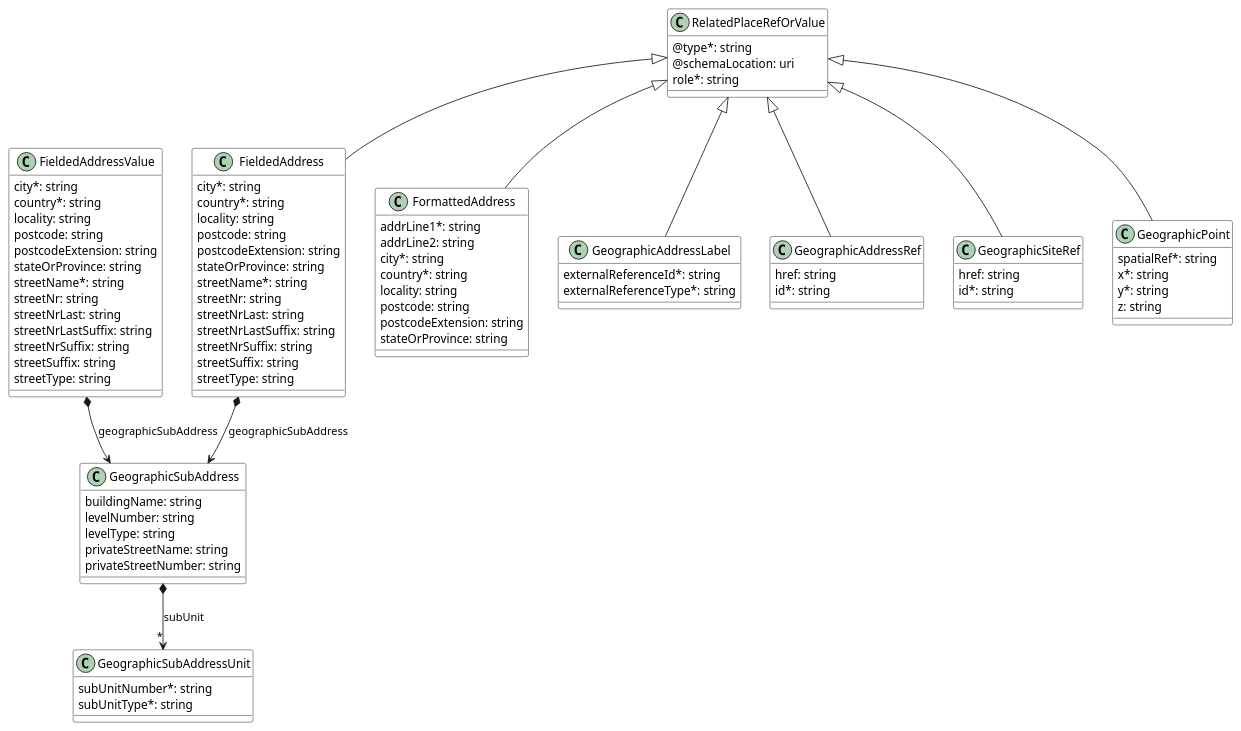
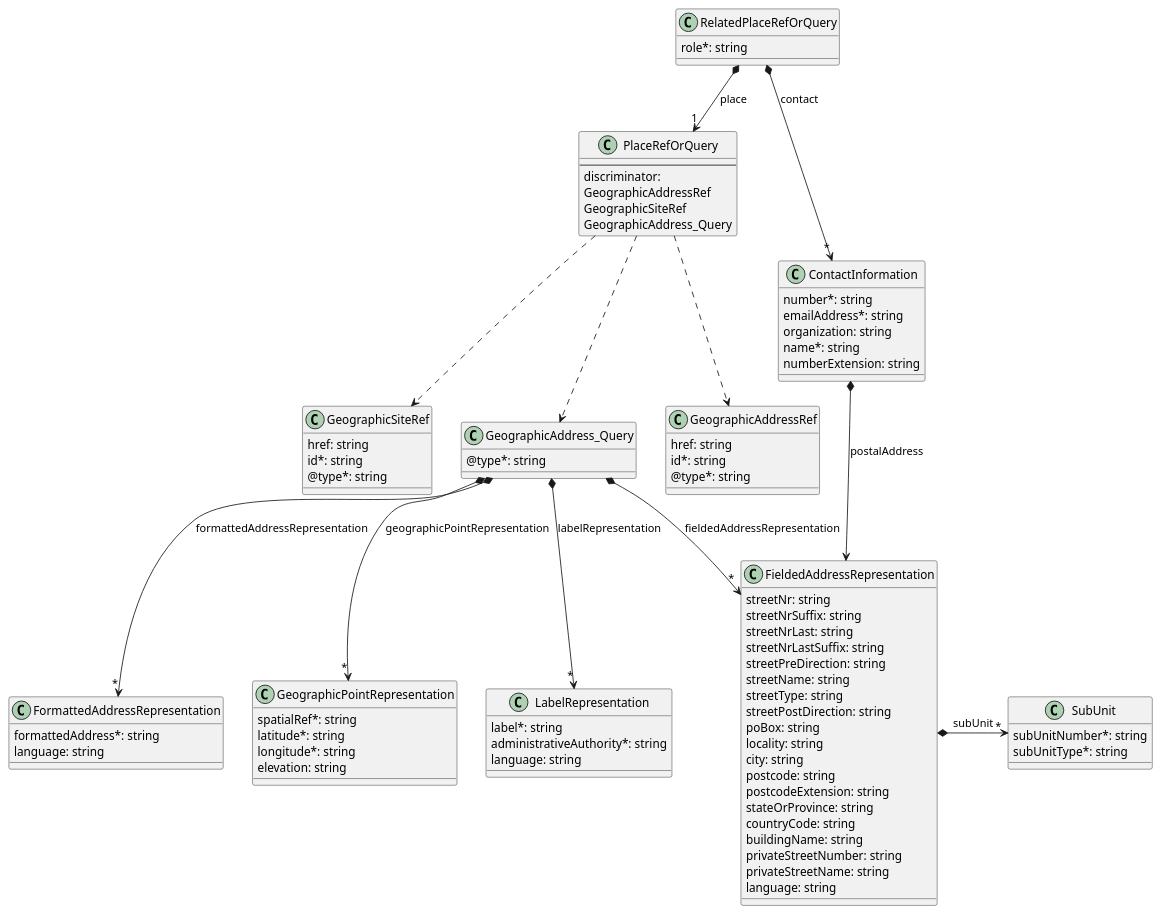
The diagram in documentation/serviceApi/order/media/src/placeEntities.puml (MEF-GIT/MEF-LSO-Legato-SDK), drawn with PlantUML before and after one commit. The commit also changed 712 other files, not shown here.

```diff
--- a/documentation/serviceApi/order/media/src/placeEntities.puml
+++ b/documentation/serviceApi/order/media/src/placeEntities.puml
@@ -1,132 +1,125 @@
 @startuml
-skinparam {
-    ClassBackgroundColor White
-    ClassBorderColor Black
-}
 
-class FieldedAddressValue {
+class RelatedPlaceRefOrQuery {
 
-    city*: string
-    country*: string
-    locality: string
-    postcode: string
-    postcodeExtension: string
-    stateOrProvince: string
-    streetName*: string
-    streetNr: string
-    streetNrLast: string
-    streetNrLastSuffix: string
-    streetNrSuffix: string
-    streetSuffix: string
-    streetType: string
-}
-
-FieldedAddressValue *--> GeographicSubAddress : geographicSubAddress
-
-
-
-class RelatedPlaceRefOrValue {
-
-    @type*: string
-    @schemaLocation: uri
     role*: string
 }
 
-
-
-class FieldedAddress {
-
-    city*: string
-    country*: string
-    locality: string
-    postcode: string
-    postcodeExtension: string
-    stateOrProvince: string
-    streetName*: string
-    streetNr: string
-    streetNrLast: string
-    streetNrLastSuffix: string
-    streetNrSuffix: string
-    streetSuffix: string
-    streetType: string
-}
-RelatedPlaceRefOrValue <|-- FieldedAddress
-
-FieldedAddress *--> GeographicSubAddress : geographicSubAddress
-
-
-class FormattedAddress {
-
-    addrLine1*: string
-    addrLine2: string
-    city*: string
-    country*: string
-    locality: string
-    postcode: string
-    postcodeExtension: string
-    stateOrProvince: string
-}
-RelatedPlaceRefOrValue <|-- FormattedAddress
-
-
-
-class GeographicAddressLabel {
-
-    externalReferenceId*: string
-    externalReferenceType*: string
-}
-RelatedPlaceRefOrValue <|-- GeographicAddressLabel
-
+RelatedPlaceRefOrQuery *-->"1" PlaceRefOrQuery : place
+RelatedPlaceRefOrQuery *-->"*" ContactInformation : contact
 
 
 class GeographicAddressRef {
 
     href: string
     id*: string
+    @type*: string
 }
-RelatedPlaceRefOrValue <|-- GeographicAddressRef
+
+
+class PlaceRefOrQuery {
+    --
+    discriminator:
+    GeographicAddressRef
+    GeographicSiteRef
+    GeographicAddress_Query
+}
+
+PlaceRefOrQuery ..> GeographicAddressRef : """"
+PlaceRefOrQuery ..> GeographicSiteRef : """"
+PlaceRefOrQuery ..> GeographicAddress_Query : """"
+
+class ContactInformation {
+
+    number*: string
+    emailAddress*: string
+    organization: string
+    name*: string
+    numberExtension: string
+}
+
+ContactInformation *--> FieldedAddressRepresentation : postalAddress
+
+
+
+class SubUnit {
+
+    subUnitNumber*: string
+    subUnitType*: string
+}
+
+
+
+class FieldedAddressRepresentation {
+
+    streetNr: string
+    streetNrSuffix: string
+    streetNrLast: string
+    streetNrLastSuffix: string
+    streetPreDirection: string
+    streetName: string
+    streetType: string
+    streetPostDirection: string
+    poBox: string
+    locality: string
+    city: string
+    postcode: string
+    postcodeExtension: string
+    stateOrProvince: string
+    countryCode: string
+    buildingName: string
+    privateStreetNumber: string
+    privateStreetName: string
+    language: string
+}
+
+FieldedAddressRepresentation *-r->"*" SubUnit : subUnit
+
+
+class FormattedAddressRepresentation {
+
+    formattedAddress*: string
+    language: string
+}
+
+
+
+class GeographicAddress_Query {
+    @type*: string
+}
+
+GeographicAddress_Query *-->"*" FieldedAddressRepresentation : fieldedAddressRepresentation
+GeographicAddress_Query *-->"*" FormattedAddressRepresentation : formattedAddressRepresentation
+GeographicAddress_Query *-->"*" GeographicPointRepresentation : geographicPointRepresentation
+GeographicAddress_Query *-->"*" LabelRepresentation : labelRepresentation
+
+
+
+class GeographicPointRepresentation {
+
+    spatialRef*: string
+    latitude*: string
+    longitude*: string
+    elevation: string
+}
+
+
+
+class LabelRepresentation {
+
+    label*: string
+    administrativeAuthority*: string
+    language: string
+}
 
 
 
 class GeographicSiteRef {
 
     href: string
     id*: string
-}
-RelatedPlaceRefOrValue <|-- GeographicSiteRef
-
-
-
-class GeographicSubAddress {
-
-    buildingName: string
-    levelNumber: string
-    levelType: string
-    privateStreetName: string
-    privateStreetNumber: string
-}
-
-GeographicSubAddress *-->"*" GeographicSubAddressUnit : subUnit
-
-
-class GeographicPoint {
-
-    spatialRef*: string
-    x*: string
-    y*: string
-    z: string
-}
-RelatedPlaceRefOrValue <|-- GeographicPoint
-
-
-
-class GeographicSubAddressUnit {
-
-    subUnitNumber*: string
-    subUnitType*: string
+    @type*: string
 }
 
 
-
-
 @enduml
```
